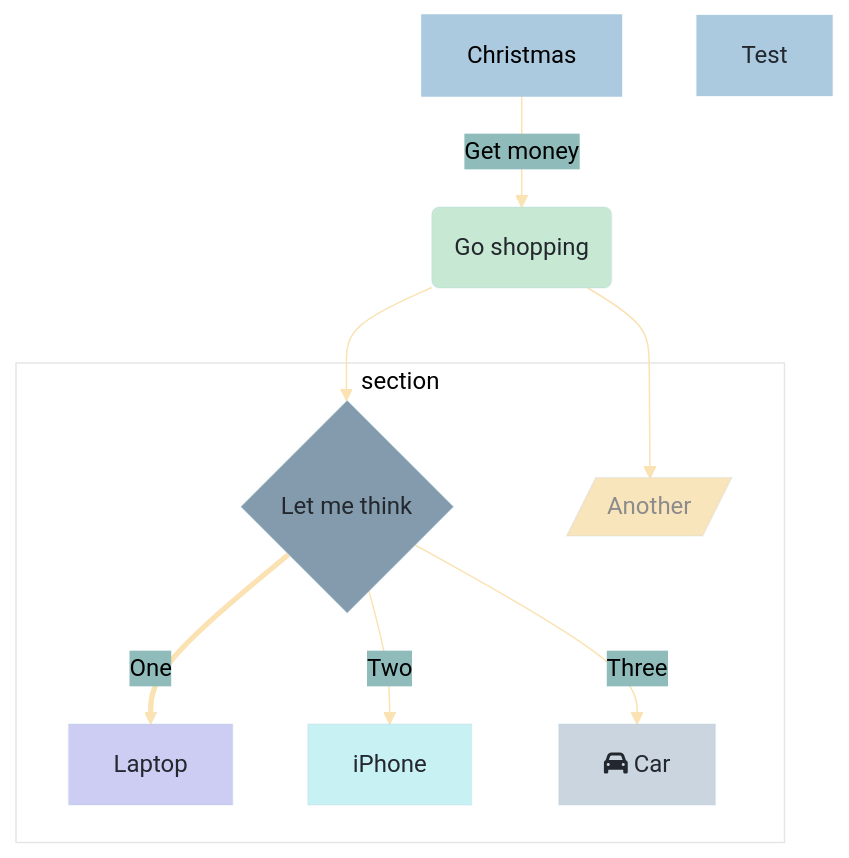
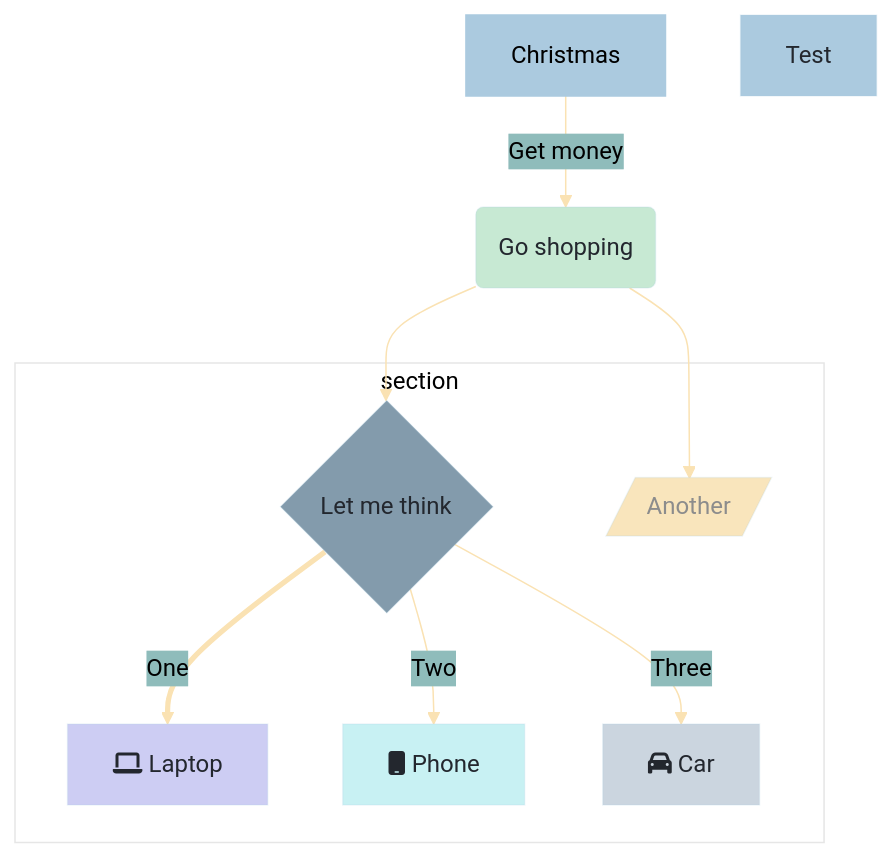
The diagram in src/mdbook_options.md (thorbjornium/Software-Manual), drawn with Mermaid before and after one commit. The commit also changed 2 other files, not shown here.

Commit message:
Add icons to mermaid

````diff
--- a/src/mdbook_options.md
+++ b/src/mdbook_options.md
@@ -163,48 +163,48 @@
 ```mermaid
 %%{
   init: {
     'theme': 'base',
     'themeVariables': {
       'primaryColor': '#abcadf',
       'primaryTextColor': '#000',
       'primaryBorderColor': '#abcadf',
       'lineColor': '#fae2b3',
       'secondaryColor': '#8FBCBB',
       'tertiaryColor': '#fff'
     }
   }
 }%%
         graph TD
           A[Christmas] -->|Get money| B(Go shopping)
           B --> C{Let me think}
           B --> G[/Another/]
-          C ==>|One| D[Laptop]
-          C -->|Two| E[iPhone]
+          C ==>|One| D[fa:fa-laptop Laptop]
+          C -->|Two| E[fa:fa-mobile Phone]
           C -->|Three| F[fa:fa-car Car]
 
 style D fill:#cdcdf3,color:#23272e,stroke-opacity:0.2
 
 style E fill:#c8f1f3,color:#23272e,stroke-opacity:0.2
 
 style G fill:#f9e5bc,color:#8c8c8c,stroke-opacity:0.2
 
 style C fill:#839bac,color:#23272e,stroke-opacity:0.2
 
 style B fill:#c7e9d3,color:#23272e,stroke-opacity:0.2
 
 style F fill:#cbd5df,color:#23272e,stroke-opacity:0.2
 
 style Test fill:#73737,color:#23272e,stroke-opacity:0.2
 
 
 
           subgraph section
             C
             D
             E
             F
             G
           end
           
           
 ```
````
